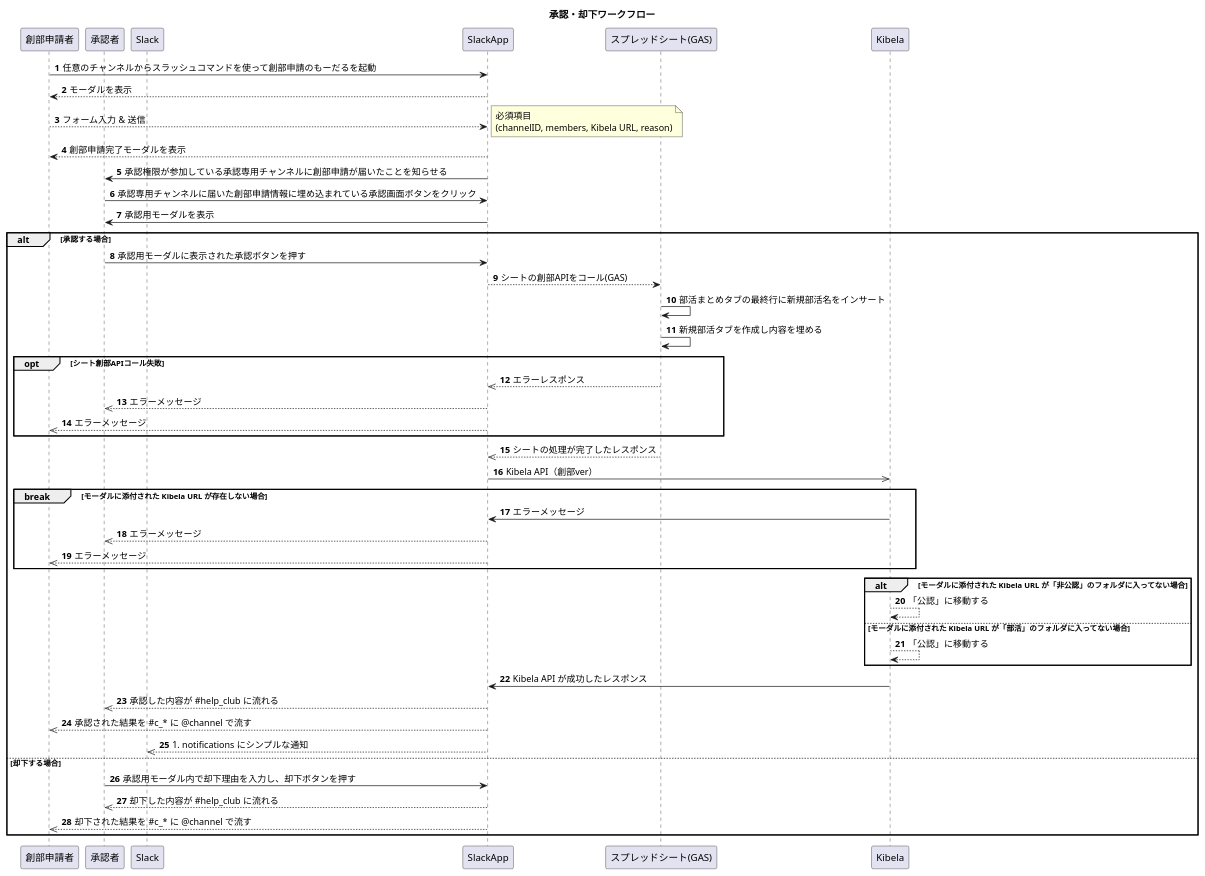
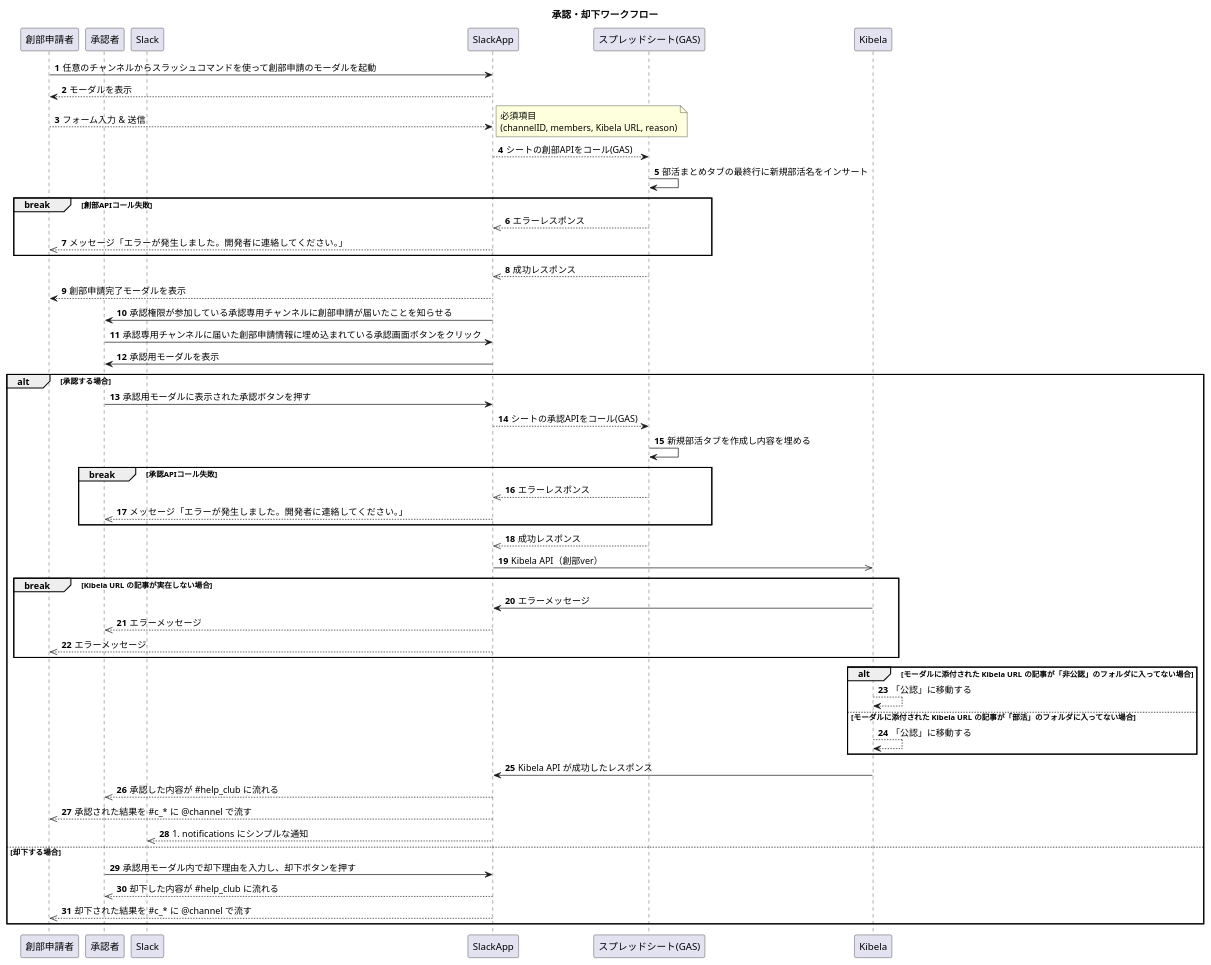
Before and after one commit to tam-bourine/club-entry-manager: the diagram in docs/sequence-diagram/CreateClub.pu, drawn with PlantUML. The commit also changed 1 other file, not shown here.

Commit message:
シーケンス図の修正 (#125)
* empty

* refactor: hiragana -> katakana

* docs: update sequence

* docs: export png

```diff
--- a/docs/sequence-diagram/CreateClub.pu
+++ b/docs/sequence-diagram/CreateClub.pu
@@ -1,60 +1,68 @@
 @startuml
 
 title 承認・却下ワークフロー
 
 autonumber
 participant 創部申請者 as captain
 participant 承認者 as auth
 participant Slack as slack
 participant SlackApp as slackapp
 participant "スプレッドシート(GAS)" as sheet
 participant Kibela as kibela
 
-captain -> slackapp: 任意のチャンネルからスラッシュコマンドを使って創部申請のもーだるを起動
+captain -> slackapp: 任意のチャンネルからスラッシュコマンドを使って創部申請のモーダルを起動
 slackapp --> captain: モーダルを表示
 captain --> slackapp: フォーム入力 & 送信
 note right: 必須項目\n(channelID, members, Kibela URL, reason)
+slackapp --> sheet: シートの創部APIをコール(GAS)
+sheet -> sheet: 部活まとめタブの最終行に新規部活名をインサート
+
+break 創部APIコール失敗
+    sheet -->> slackapp: エラーレスポンス
+    slackapp -->> captain: メッセージ「エラーが発生しました。開発者に連絡してください。」
+end
+
+sheet -->> slackapp: 成功レスポンス
+
 slackapp --> captain: 創部申請完了モーダルを表示
 slackapp -> auth: 承認権限が参加している承認専用チャンネルに創部申請が届いたことを知らせる
 auth -> slackapp: 承認専用チャンネルに届いた創部申請情報に埋め込まれている承認画面ボタンをクリック
 slackapp -> auth: 承認用モーダルを表示
 
 alt 承認する場合
     auth -> slackapp: 承認用モーダルに表示された承認ボタンを押す
-    slackapp --> sheet: シートの創部APIをコール(GAS)
-    sheet -> sheet: 部活まとめタブの最終行に新規部活名をインサート
+    slackapp --> sheet: シートの承認APIをコール(GAS)
     sheet -> sheet: 新規部活タブを作成し内容を埋める
 
-    opt シート創部APIコール失敗
+    break 承認APIコール失敗
         sheet -->> slackapp: エラーレスポンス
-        slackapp -->> auth: エラーメッセージ
-        slackapp -->> captain: エラーメッセージ
+        slackapp -->> auth: メッセージ「エラーが発生しました。開発者に連絡してください。」
     end
 
-    sheet -->> slackapp: シートの処理が完了したレスポンス
+    sheet -->> slackapp: 成功レスポンス
     slackapp ->> kibela: Kibela API（創部ver）
 
-    break モーダルに添付された Kibela URL が存在しない場合
+    break Kibela URL の記事が実在しない場合
         kibela -> slackapp: エラーメッセージ
         slackapp -->> auth: エラーメッセージ
         slackapp -->> captain: エラーメッセージ
     end
 
-    alt モーダルに添付された Kibela URL が「非公認」のフォルダに入ってない場合
+    alt モーダルに添付された Kibela URL の記事が「非公認」のフォルダに入ってない場合
         kibela --> kibela: 「公認」に移動する
-    else モーダルに添付された Kibela URL が「部活」のフォルダに入ってない場合
+    else モーダルに添付された Kibela URL の記事が「部活」のフォルダに入ってない場合
         kibela --> kibela: 「公認」に移動する
     end
 
     kibela -> slackapp: Kibela API が成功したレスポンス
     slackapp -->> auth: 承認した内容が #help_club に流れる
     slackapp -->> captain: 承認された結果を #c_* に @channel で流す
     slackapp -->> slack: #notifications にシンプルな通知
 
 else 却下する場合
     auth -> slackapp: 承認用モーダル内で却下理由を入力し、却下ボタンを押す
     slackapp -->> auth: 却下した内容が #help_club に流れる
     slackapp -->> captain: 却下された結果を #c_* に @channel で流す
 end
 
 @enduml
```
